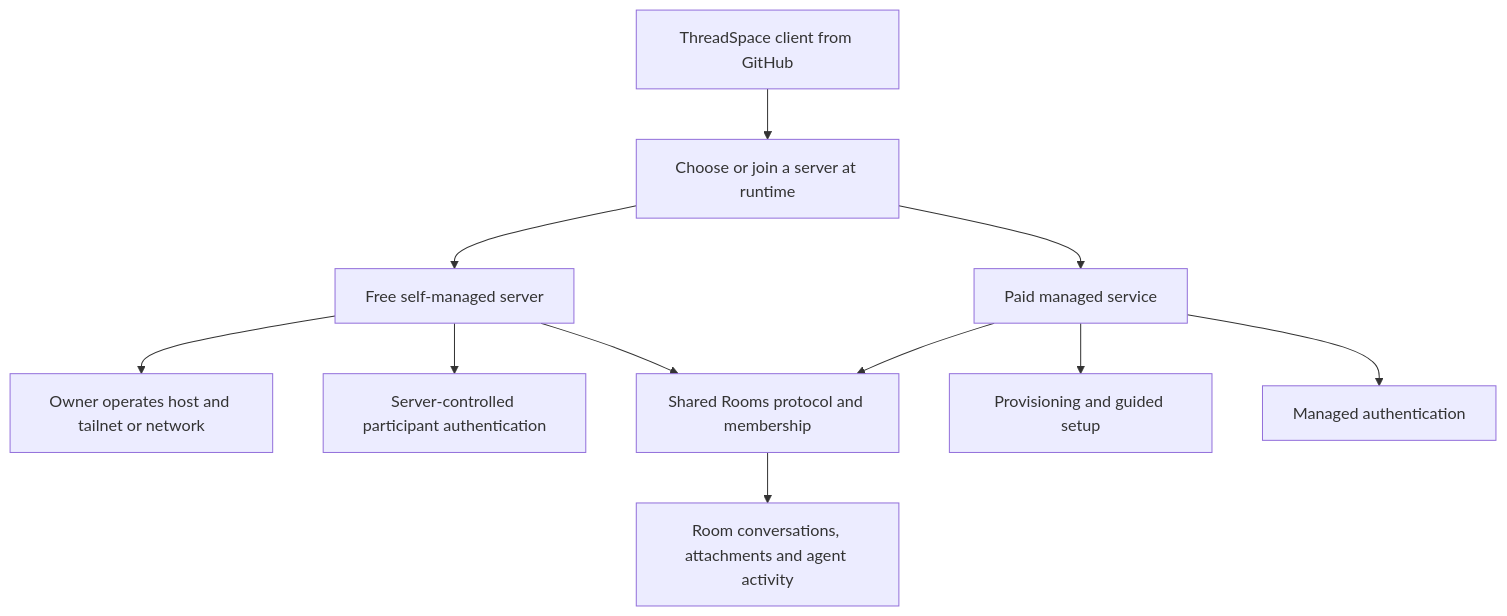
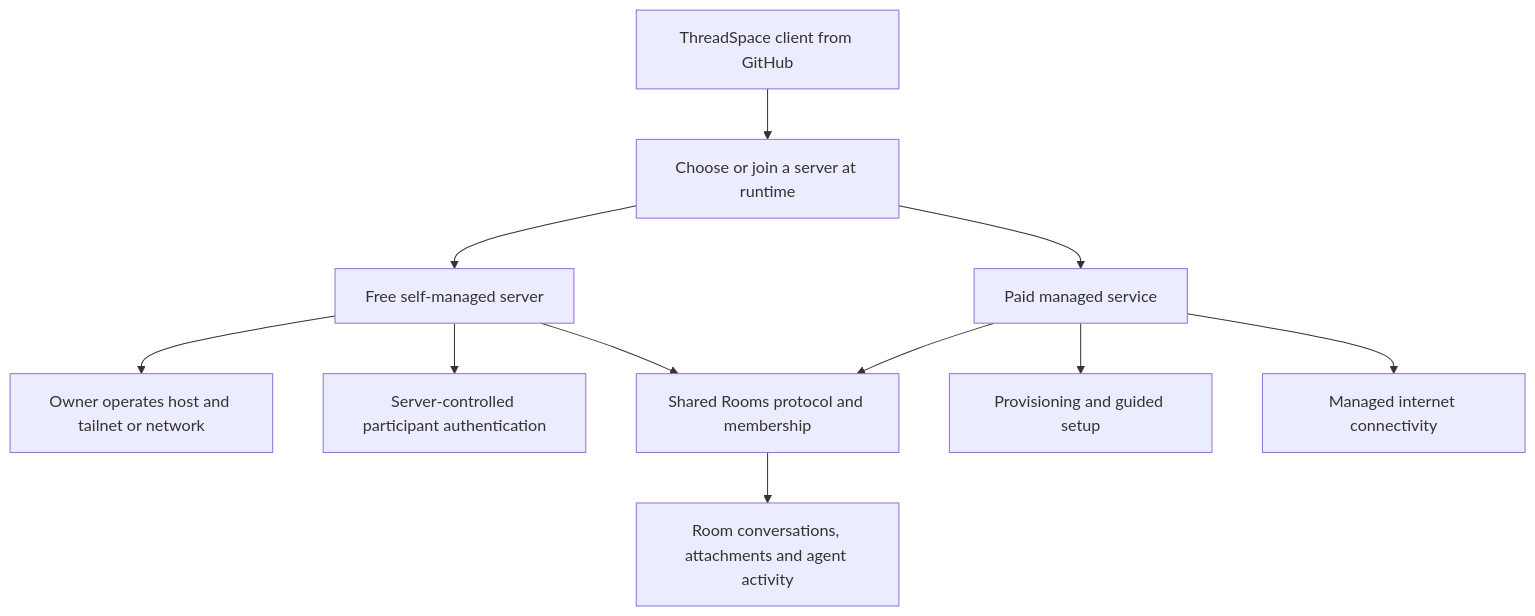
One commit to benwilliams0540/t3code changed the first of 2 diagrams in docs/rooms/hosting-and-access.md. Above: the diagram before and after it, drawn with Mermaid. The commit also changed other lines of this file and 1 other file, not shown here.

Commit message:
docs(rooms): separate free local hosting from managed connectivity

````diff
--- a/docs/rooms/hosting-and-access.md
+++ b/docs/rooms/hosting-and-access.md
@@ -9,13 +10,13 @@
 ```mermaid
 flowchart TB
   Client[ThreadSpace client from GitHub] --> Profile[Choose or join a server at runtime]
   Profile --> Free[Free self-managed server]
   Profile --> Paid[Paid managed service]
   Free --> Network[Owner operates host and tailnet or network]
   Free --> LocalAuth[Server-controlled participant authentication]
   Free --> Core[Shared Rooms protocol and membership]
   Paid --> Setup[Provisioning and guided setup]
-  Paid --> ManagedAuth[Managed authentication]
+  Paid --> Connectivity[Managed internet connectivity]
   Paid --> Core
   Core --> Data[Room conversations, attachments and agent activity]
 ```
````
